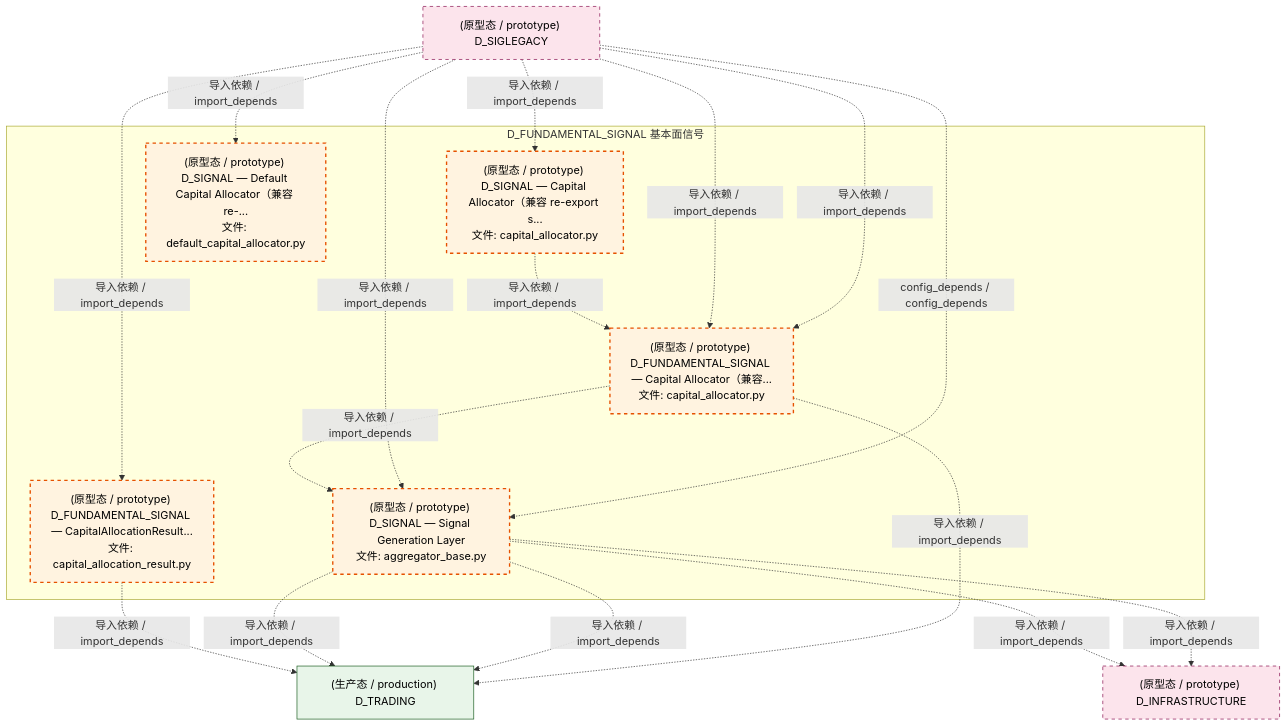
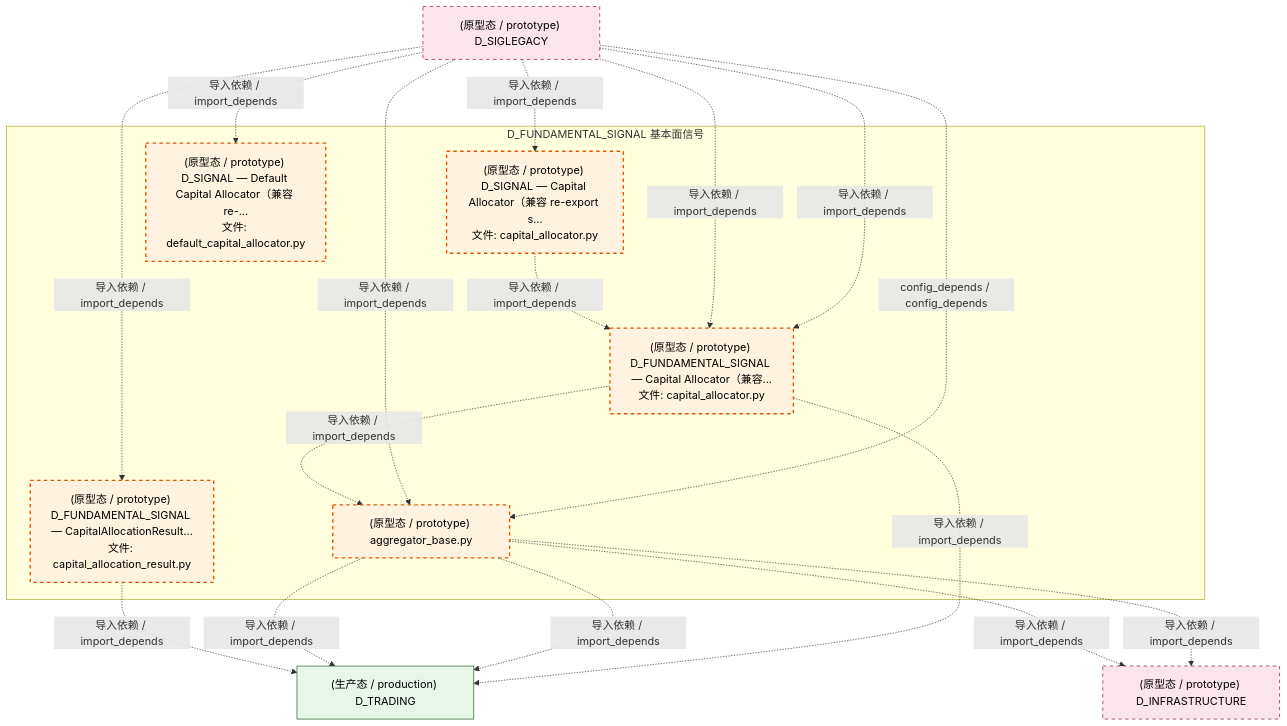
One commit to xuanFelixVan/ZephyrAlpha changed the third of 4 diagrams in docs/02_enterprise_architecture/02_domain_architecture_docs/37_d_fundamental_signal.md. Above: the diagram before and after it, drawn with Mermaid. The commit also changed other lines of this file and 109 other files, not shown here.

````diff
--- a/docs/02_enterprise_architecture/02_domain_architecture_docs/37_d_fundamental_signal.md
+++ b/docs/02_enterprise_architecture/02_domain_architecture_docs/37_d_fundamental_signal.md
@@ -195,35 +195,35 @@
 ```mermaid
 graph TD
     subgraph D_FUNDAMENTAL_SIGNAL["D_FUNDAMENTAL_SIGNAL 基本面信号"]
         src_zephyr_signal_fundamental_capital_capital_allocation_result_py["(原型态 / prototype) D_FUNDAMENTAL_SIGNAL — CapitalAllocationResult...<br/>文件: capital_allocation_result.py"]
         src_zephyr_signal_fundamental_capital_capital_allocator_py["(原型态 / prototype) D_SIGNAL — Capital Allocator（兼容 re-export s...<br/>文件: capital_allocator.py"]
         src_zephyr_signal_fundamental_capital_default_capital_allocator_py["(原型态 / prototype) D_SIGNAL — Default Capital Allocator（兼容 re-...<br/>文件: default_capital_allocator.py"]
-        src_zephyr_signal_fundamental_gen_aggregator_base_py["(原型态 / prototype) D_SIGNAL — Signal Generation Layer<br/>文件: aggregator_base.py"]
+        src_zephyr_signal_fundamental_gen_aggregator_base_py["(原型态 / prototype) aggregator_base.py"]
         src_zephyr_signal_fundamental_strategy_capital_allocator_py["(原型态 / prototype) D_FUNDAMENTAL_SIGNAL — Capital Allocator（兼容...<br/>文件: capital_allocator.py"]
     end
     src_zephyr_signal_fundamental_capital_capital_allocator_py -.->|导入依赖 / import_depends| src_zephyr_signal_fundamental_strategy_capital_allocator_py
     src_zephyr_signal_fundamental_strategy_capital_allocator_py -.->|导入依赖 / import_depends| src_zephyr_signal_fundamental_gen_aggregator_base_py
     D_TRADING["(生产态 / production) D_TRADING"]
     src_zephyr_signal_fundamental_capital_capital_allocation_result_py -.->|导入依赖 / import_depends| D_TRADING
     src_zephyr_signal_fundamental_gen_aggregator_base_py -.->|导入依赖 / import_depends| D_TRADING
     D_INFRASTRUCTURE["(原型态 / prototype) D_INFRASTRUCTURE"]
     src_zephyr_signal_fundamental_gen_aggregator_base_py -.->|导入依赖 / import_depends| D_INFRASTRUCTURE
     src_zephyr_signal_fundamental_gen_aggregator_base_py -.->|导入依赖 / import_depends| D_TRADING
     src_zephyr_signal_fundamental_gen_aggregator_base_py -.->|导入依赖 / import_depends| D_INFRASTRUCTURE
     src_zephyr_signal_fundamental_strategy_capital_allocator_py -.->|导入依赖 / import_depends| D_TRADING
     D_SIGLEGACY["(原型态 / prototype) D_SIGLEGACY"]
     D_SIGLEGACY -.->|导入依赖 / import_depends| src_zephyr_signal_fundamental_capital_capital_allocation_result_py
     D_SIGLEGACY -.->|导入依赖 / import_depends| src_zephyr_signal_fundamental_capital_capital_allocator_py
     D_SIGLEGACY -.->|导入依赖 / import_depends| src_zephyr_signal_fundamental_capital_default_capital_allocator_py
     D_SIGLEGACY -.->|导入依赖 / import_depends| src_zephyr_signal_fundamental_gen_aggregator_base_py
     D_SIGLEGACY -.->|导入依赖 / import_depends| src_zephyr_signal_fundamental_strategy_capital_allocator_py
     D_SIGLEGACY -.->|导入依赖 / import_depends| src_zephyr_signal_fundamental_strategy_capital_allocator_py
     D_SIGLEGACY -.->|config_depends / config_depends| src_zephyr_signal_fundamental_gen_aggregator_base_py
     classDef production fill:#e1f5fe,stroke:#01579b,stroke-width:2px,color:#000
     classDef design fill:#fff3e0,stroke:#e65100,stroke-width:2px,color:#000,stroke-dasharray: 5 5
     classDef external_prod fill:#e8f5e9,stroke:#1b5e20,stroke-width:1px,color:#000
     classDef external_design fill:#fce4ec,stroke:#880e4f,stroke-width:1px,color:#000,stroke-dasharray: 5 5
     class src_zephyr_signal_fundamental_capital_capital_allocation_result_py,src_zephyr_signal_fundamental_capital_capital_allocator_py,src_zephyr_signal_fundamental_capital_default_capital_allocator_py,src_zephyr_signal_fundamental_gen_aggregator_base_py,src_zephyr_signal_fundamental_strategy_capital_allocator_py design
     class D_TRADING external_prod
     class D_INFRASTRUCTURE,D_SIGLEGACY external_design
 ```
````
